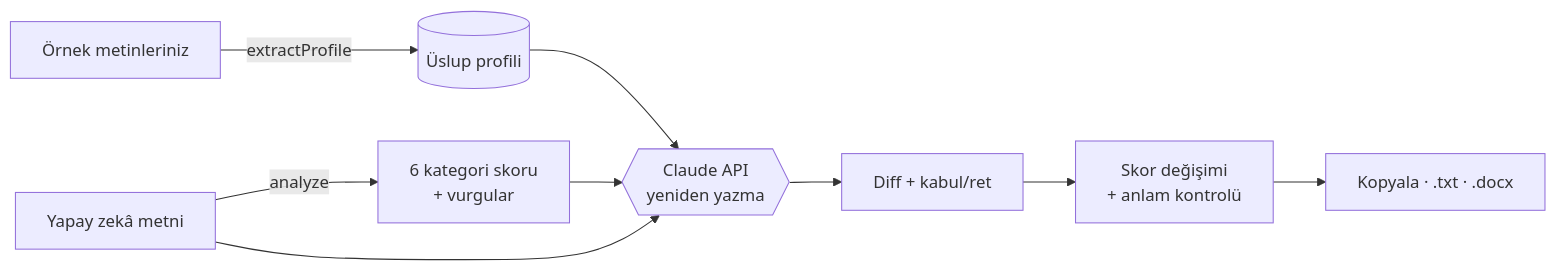
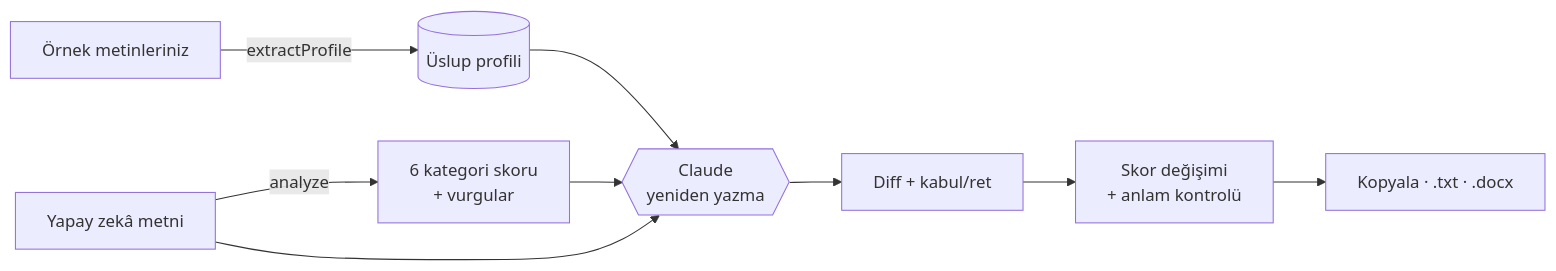
Before and after one commit to ozgeozdemirkuvvet/Humanizer: the diagram in README.md, drawn with Mermaid. The commit also changed other lines of this file and 25 other files, not shown here.

````diff
--- a/README.md
+++ b/README.md
@@ -57,11 +82,11 @@
 ```mermaid
 flowchart LR
     A[Örnek metinleriniz] -->|extractProfile| P[(Üslup profili)]
     T[Yapay zekâ metni] -->|analyze| S[6 kategori skoru<br/>+ vurgular]
-    T --> R{{Claude API<br/>yeniden yazma}}
+    T --> R{{Claude<br/>yeniden yazma}}
     P --> R
     S --> R
     R --> D[Diff + kabul/ret]
     D --> C[Skor değişimi<br/>+ anlam kontrolü]
     C --> O[Kopyala · .txt · .docx]
 ```
````
